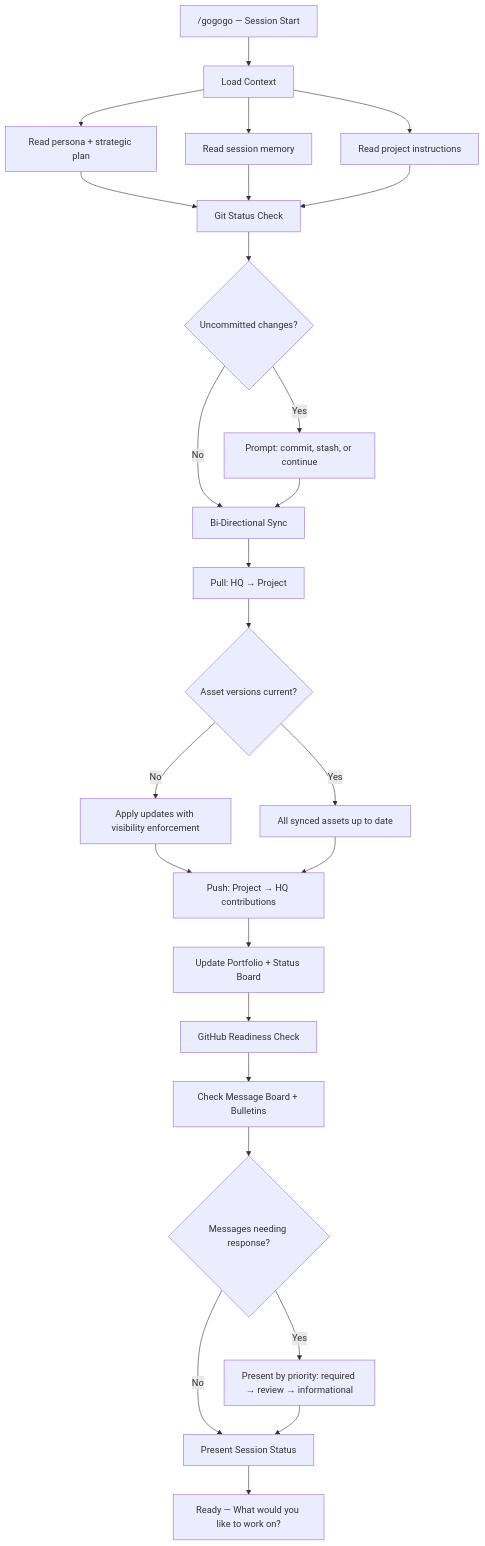
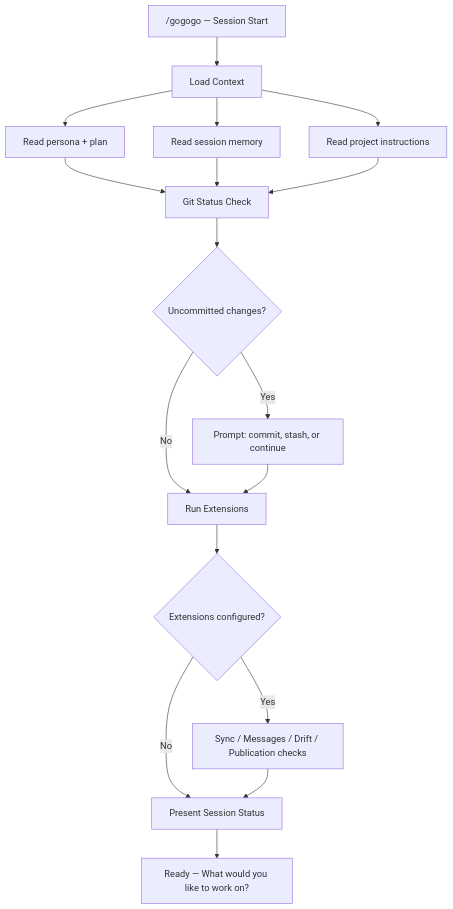
The third of 6 diagrams in ARCHITECTURE.md (TJ-Neary/HQ-Command-Center), drawn with Mermaid before and after one commit. The commit also changed other lines of this file and 7 other files, not shown here.

````diff
--- a/ARCHITECTURE.md
+++ b/ARCHITECTURE.md
@@ -100,30 +127,20 @@
 ```mermaid
 flowchart TD
     A["/gogogo — Session Start"] --> B[Load Context]
-    B --> B1[Read persona + strategic plan]
+    B --> B1[Read persona + plan]
     B --> B2[Read session memory]
     B --> B3[Read project instructions]
 
     B1 & B2 & B3 --> C[Git Status Check]
     C --> D{Uncommitted changes?}
     D -->|Yes| D1[Prompt: commit, stash, or continue]
-    D -->|No| E[Bi-Directional Sync]
+    D -->|No| E[Run Extensions]
 
     D1 --> E
-    E --> E1[Pull: HQ → Project]
-    E1 --> E2{Asset versions current?}
-    E2 -->|No| E3[Apply updates with visibility enforcement]
-    E2 -->|Yes| E4[All synced assets up to date]
-    E3 --> E5[Push: Project → HQ contributions]
-    E4 --> E5
+    E --> E1{Extensions configured?}
+    E1 -->|Yes| E2[Sync / Messages / Drift / Publication checks]
+    E1 -->|No| F[Present Session Status]
+    E2 --> F
 
-    E5 --> F[Update Portfolio + Status Board]
-    F --> G[GitHub Readiness Check]
-    G --> H[Check Message Board + Bulletins]
-    H --> I{Messages needing response?}
-    I -->|Yes| I1[Present by priority: required → review → informational]
-    I -->|No| J[Present Session Status]
-    I1 --> J
-
-    J --> K["Ready — What would you like to work on?"]
+    F --> G["Ready — What would you like to work on?"]
 ```
````
